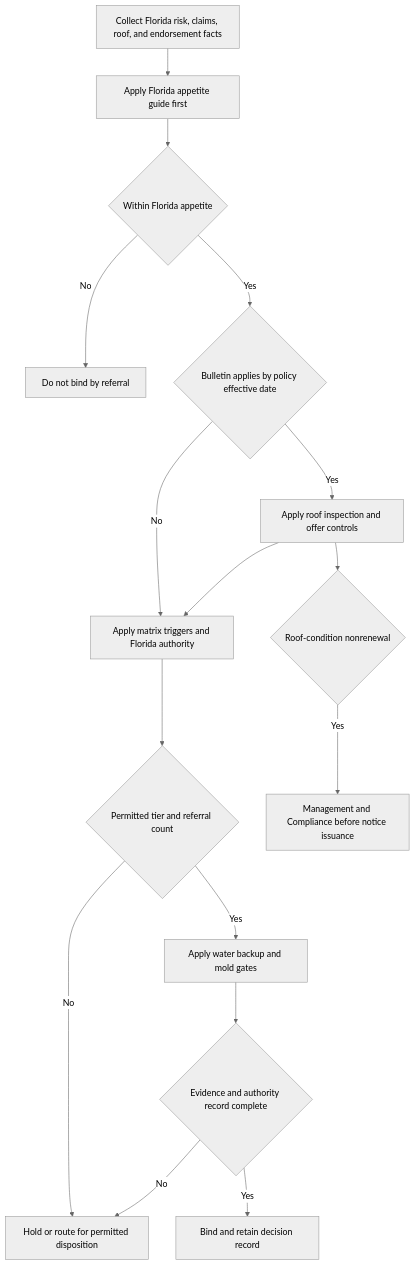
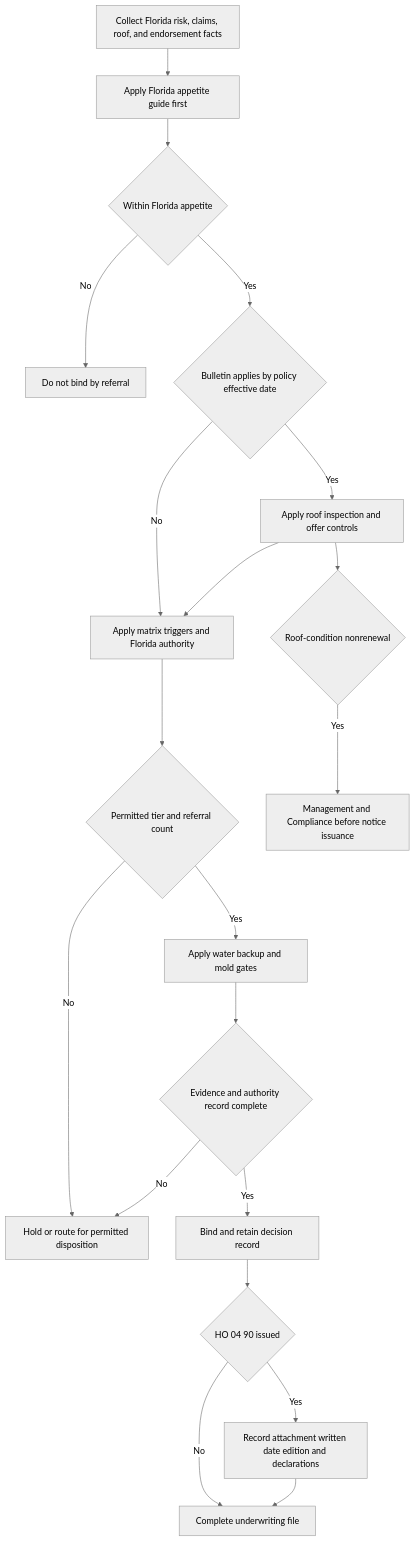
The diagram in openwiki/underwriting/florida-appetite.md (eugeneliu-86/openwiki-insurance-corpus), drawn with Mermaid (neutral theme) before and after one commit. The commit also changed other lines of this file and 32 other files, not shown here.

````diff
--- a/openwiki/underwriting/florida-appetite.md
+++ b/openwiki/underwriting/florida-appetite.md
@@ -74,18 +76,22 @@
 ```mermaid
 flowchart TD
     Intake["Collect Florida risk, claims, roof, and endorsement facts"] --> Base["Apply Florida appetite guide first"]
     Base --> Eligible{"Within Florida appetite"}
     Eligible -- No --> Stop["Do not bind by referral"]
     Eligible -- Yes --> Bulletin{"Bulletin applies by policy effective date"}
     Bulletin -- Yes --> Roof["Apply roof inspection and offer controls"]
     Bulletin -- No --> Authority["Apply matrix triggers and Florida authority"]
     Roof --> Authority
     Authority --> Route{"Permitted tier and referral count"}
     Route -- No --> Hold["Hold or route for permitted disposition"]
     Route -- Yes --> Endorsements["Apply water backup and mold gates"]
     Endorsements --> Complete{"Evidence and authority record complete"}
     Complete -- No --> Hold
     Complete -- Yes --> Bind["Bind and retain decision record"]
+    Bind --> WaterIssued{"HO 04 90 issued"}
+    WaterIssued -- "No" --> Close["Complete underwriting file"]
+    WaterIssued -- "Yes" --> WaterRecord["Record attachment written date edition and declarations"]
+    WaterRecord --> Close
     Roof --> Nonrenewal{"Roof-condition nonrenewal"}
     Nonrenewal -- Yes --> Compliance["Management and Compliance before notice issuance"]
 ```
````
